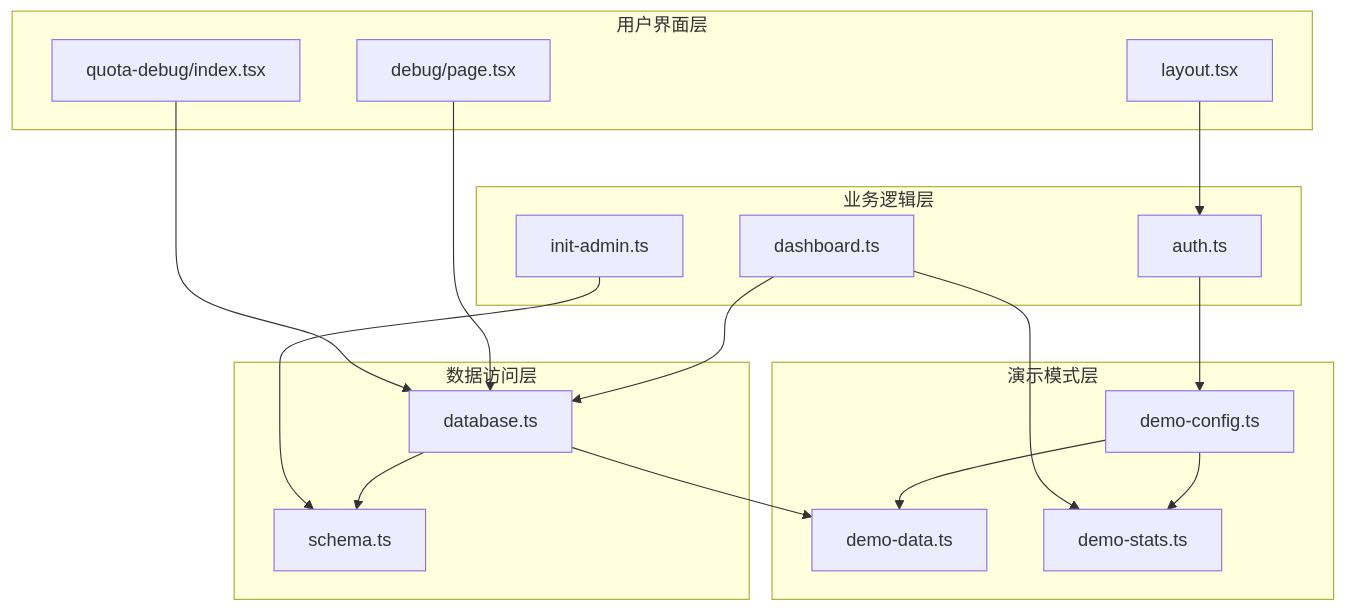
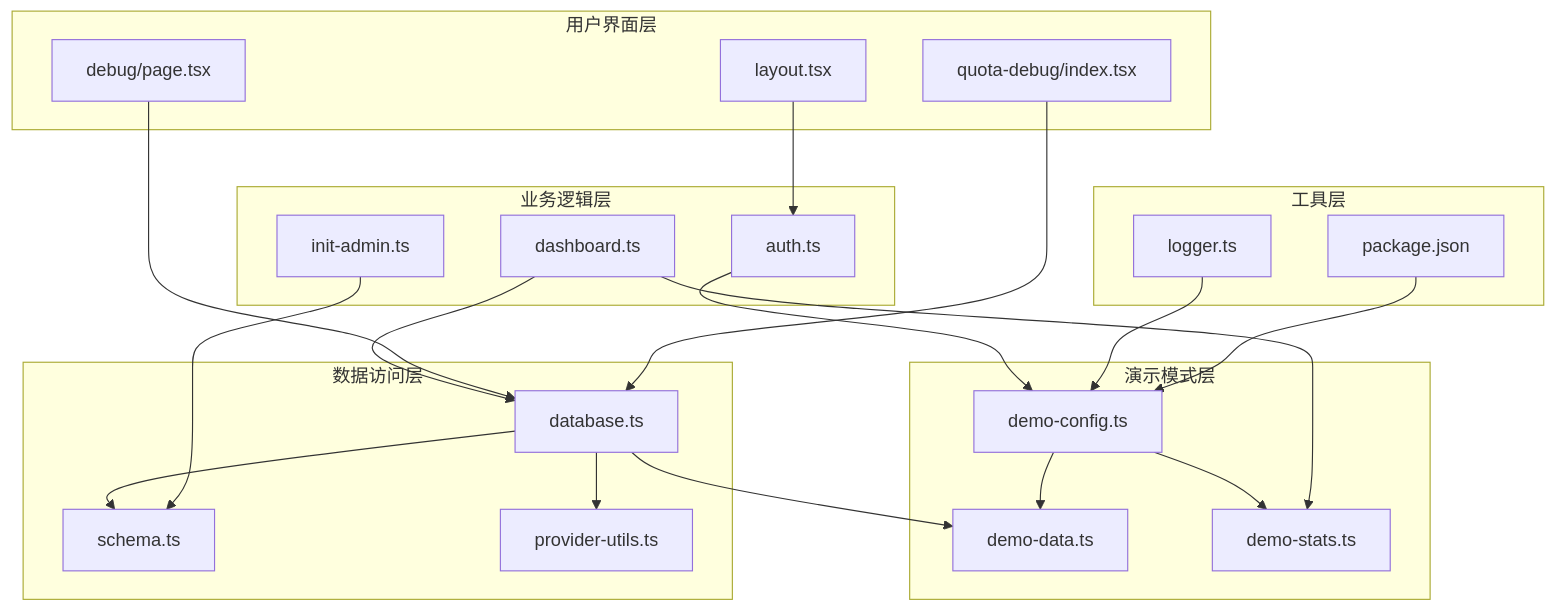
Before and after one commit to RadiumAg/AIGate: the eighth of 8 diagrams in .qoder/repowiki/zh/content/核心功能/演示模式系统.md, drawn with Mermaid. The commit also changed other lines of this file and 3 other files, not shown here.

````diff
--- a/.qoder/repowiki/zh/content/核心功能/演示模式系统.md
+++ b/.qoder/repowiki/zh/content/核心功能/演示模式系统.md
@@ -383,33 +468,41 @@
 ```mermaid
 graph TB
 subgraph "演示模式层"
 DC[demo-config.ts]
 DD[demo-data.ts]
 DS[demo-stats.ts]
 end
 subgraph "数据访问层"
 DB[database.ts]
 SC[schema.ts]
+PU[provider-utils.ts]
 end
 subgraph "业务逻辑层"
 DR[dashboard.ts]
 AU[auth.ts]
-IA[init-admin.ts]
+IL[init-admin.ts]
 end
 subgraph "用户界面层"
 DP[debug/page.tsx]
 QD[quota-debug/index.tsx]
 LYT[layout.tsx]
 end
+subgraph "工具层"
+PKG[package.json]
+LG[logger.ts]
+end
 DC --> DD
 DC --> DS
 DB --> DD
 DB --> SC
+DB --> PU
 DR --> DB
 DR --> DS
 AU --> DC
-IA --> SC
+IL --> SC
 DP --> DB
 QD --> DB
 LYT --> AU
+LG --> DC
+PKG --> DC
 ```
````
